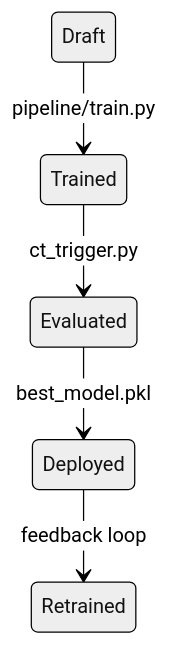
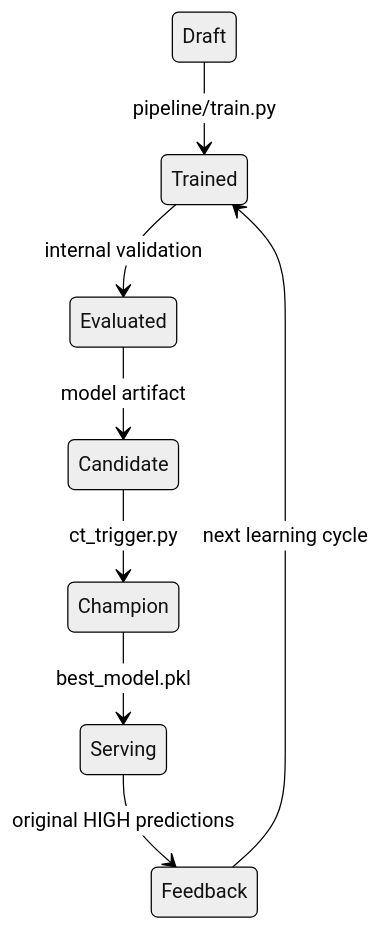
Before and after one commit to CERTprogramming/SpecLens-PML: the diagram in SpecLens_Governance.md, drawn with Mermaid (neutral theme). The commit also changed other lines of this file and 13 other files, not shown here.

````diff
--- a/SpecLens_Governance.md
+++ b/SpecLens_Governance.md
@@ -73,7 +115,10 @@
 ```mermaid
 stateDiagram-v2
   Draft --> Trained : pipeline/train.py
-  Trained --> Evaluated : ct_trigger.py
-  Evaluated --> Deployed : best_model.pkl
-  Deployed --> Retrained : feedback loop
+  Trained --> Evaluated : internal validation
+  Evaluated --> Candidate : model artifact
+  Candidate --> Champion : ct_trigger.py
+  Champion --> Serving : best_model.pkl
+  Serving --> Feedback : original HIGH predictions
+  Feedback --> Trained : next learning cycle
 ```
````
